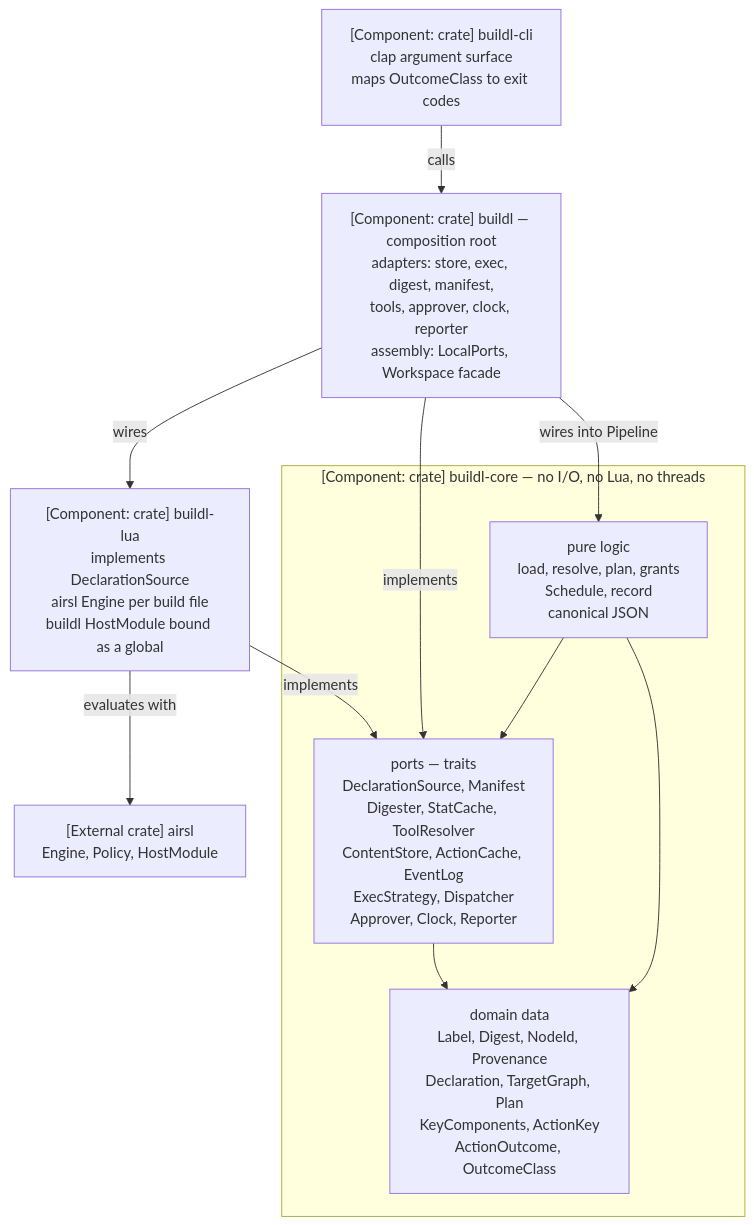
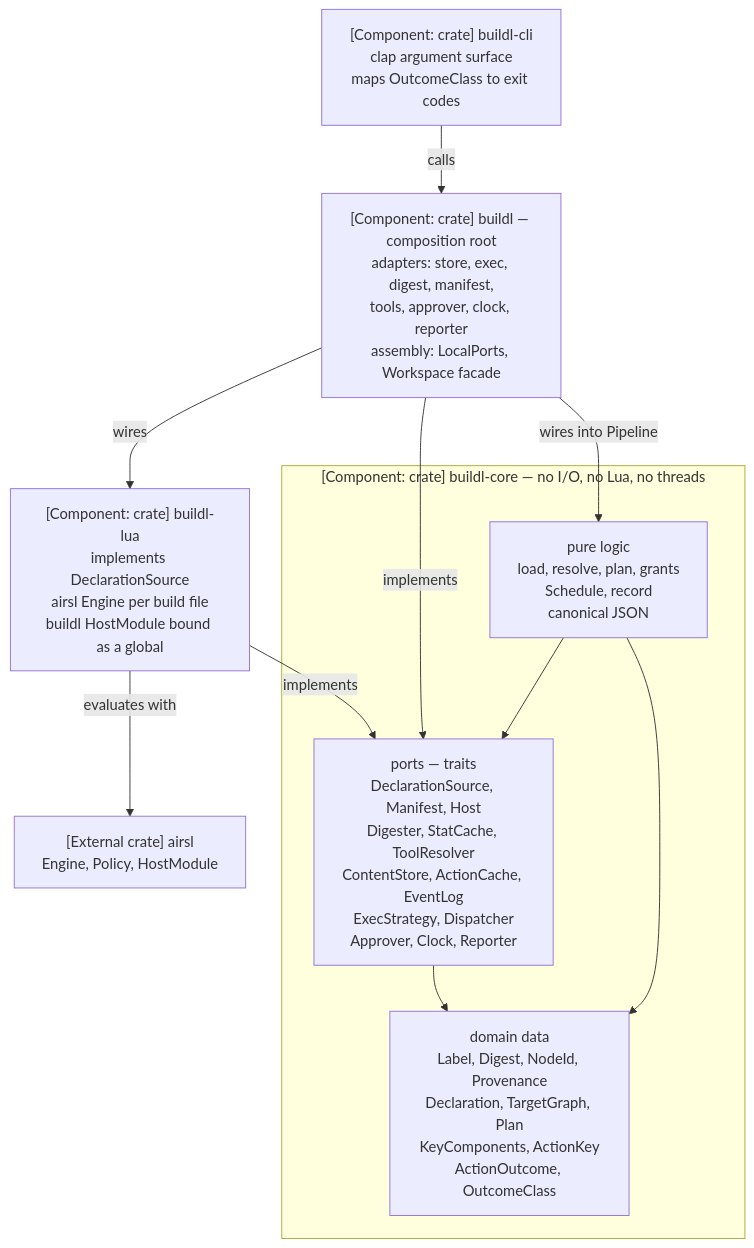
One commit to airsstack/buildl changed the fourth of 7 diagrams in docs/architecture-building-blocks.md. Above: the diagram before and after it, drawn with Mermaid. The commit also changed other lines of this file and 60 other files, not shown here.

````diff
--- a/docs/architecture-building-blocks.md
+++ b/docs/architecture-building-blocks.md
@@ -102,22 +102,22 @@
 ```mermaid
 %% C4 level 3 — components inside the CLI process
 graph TD
     CLI["[Component: crate] buildl-cli<br/>clap argument surface<br/>maps OutcomeClass to exit codes"]
     LIB["[Component: crate] buildl — composition root<br/>adapters: store, exec, digest, manifest,<br/>tools, approver, clock, reporter<br/>assembly: LocalPorts, Workspace facade"]
     LUA["[Component: crate] buildl-lua<br/>implements DeclarationSource<br/>airsl Engine per build file<br/>buildl HostModule bound as a global"]
     subgraph CORE["[Component: crate] buildl-core — no I/O, no Lua, no threads"]
         DATA["domain data<br/>Label, Digest, NodeId, Provenance<br/>Declaration, TargetGraph, Plan<br/>KeyComponents, ActionKey<br/>ActionOutcome, OutcomeClass"]
-        PORTS["ports — traits<br/>DeclarationSource, Manifest<br/>Digester, StatCache, ToolResolver<br/>ContentStore, ActionCache, EventLog<br/>ExecStrategy, Dispatcher<br/>Approver, Clock, Reporter"]
+        PORTS["ports — traits<br/>DeclarationSource, Manifest, Host<br/>Digester, StatCache, ToolResolver<br/>ContentStore, ActionCache, EventLog<br/>ExecStrategy, Dispatcher<br/>Approver, Clock, Reporter"]
         LOGIC["pure logic<br/>load, resolve, plan, grants<br/>Schedule, record<br/>canonical JSON"]
     end
     AIRSL["[External crate] airsl<br/>Engine, Policy, HostModule"]
     CLI -->|"calls"| LIB
     LIB -->|"wires"| LUA
     LIB -->|"implements"| PORTS
     LIB -->|"wires into Pipeline"| LOGIC
     LUA -->|"implements"| PORTS
     LUA -->|"evaluates with"| AIRSL
     LOGIC --> PORTS
     LOGIC --> DATA
     PORTS --> DATA
 ```
````
